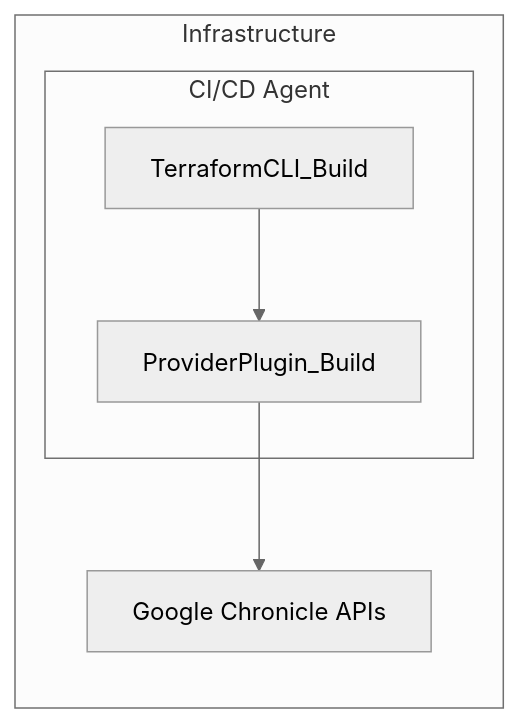
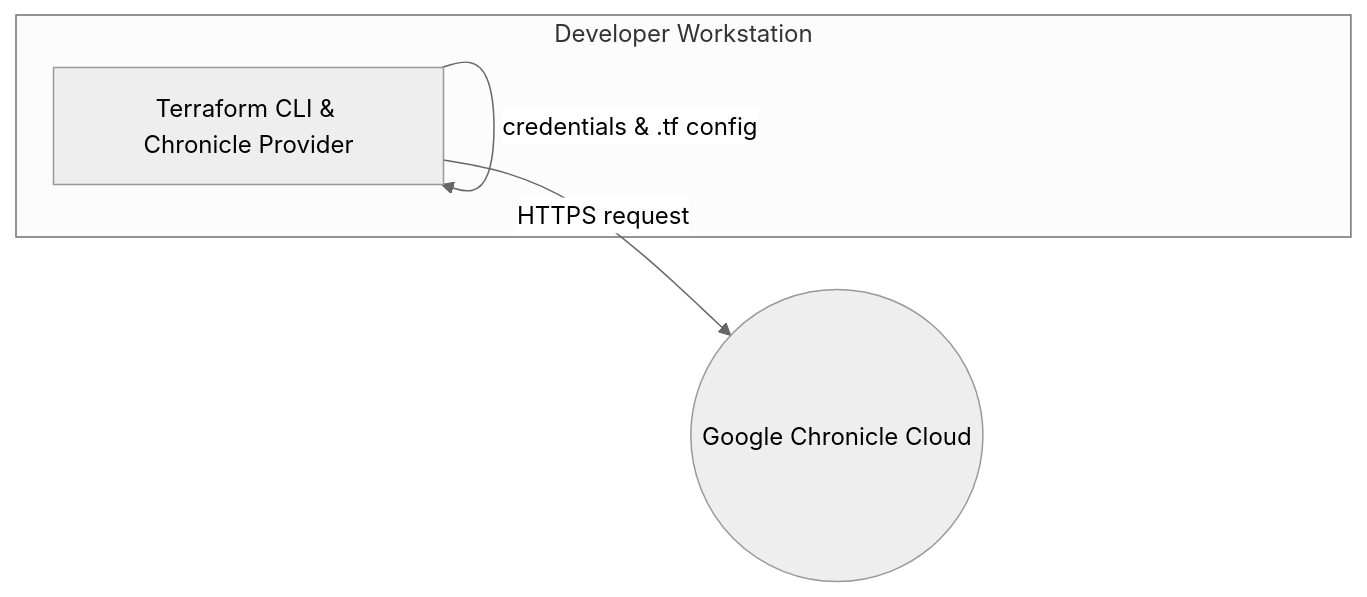
Before and after one commit to xvnpw/ai-security-analyzer: the third of 4 diagrams in examples/form3tech-oss/dir-sec-design-terraform-provider-chronicle-o1.md, drawn with Mermaid (neutral theme). The commit also changed other lines of this file and 218 other files, not shown here.

````diff
--- a/examples/form3tech-oss/dir-sec-design-terraform-provider-chronicle-o1.md
+++ b/examples/form3tech-oss/dir-sec-design-terraform-provider-chronicle-o1.md
@@ -81,13 +87,8 @@
 ```mermaid
 flowchart LR
-    subgraph Infrastructure
-        subgraph CI/CD Agent
-        TerraformCLI_Build
-        ProviderPlugin_Build
-        end
-        GCPChronicle[Google Chronicle APIs]
+    subgraph Developer Workstation
+    A[Terraform CLI & Chronicle Provider]
+    A -- credentials & .tf config --> A
     end
-
-    TerraformCLI_Build --> ProviderPlugin_Build
-    ProviderPlugin_Build --> GCPChronicle
+    A -->|HTTPS request| B((Google Chronicle Cloud))
 ```
````
